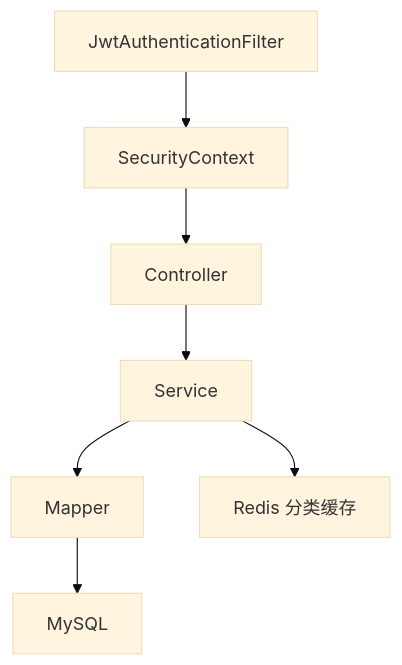
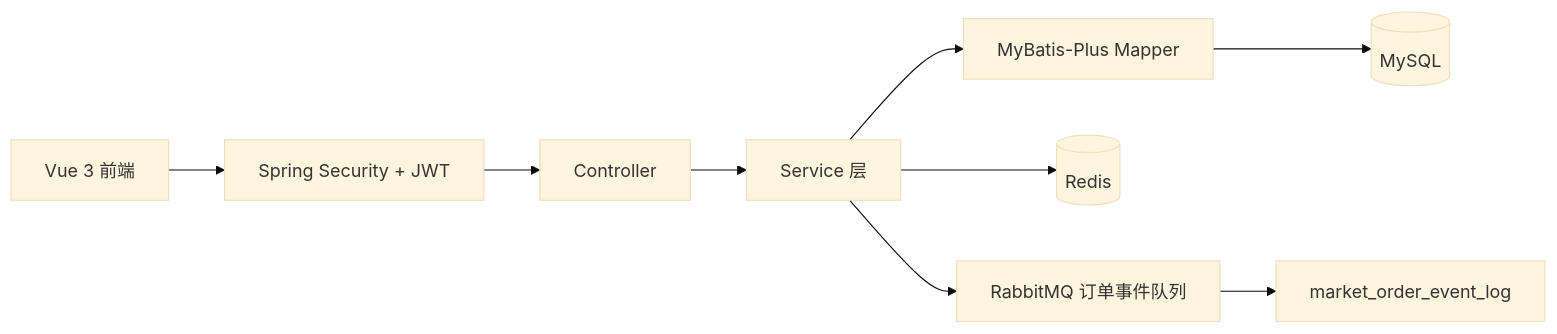
Before and after one commit to SodaWWater/campus-market: the first of 2 diagrams in README.md, drawn with Mermaid (base theme). The commit also changed other lines of this file and 57 other files, not shown here.

````diff
--- a/README.md
+++ b/README.md
@@ -33,9 +26,11 @@
 ```mermaid
-flowchart TD
-    A["Controller"] --> B["Service"]
-    B --> C["Mapper"]
-    C --> D["MySQL"]
-    B --> E["Redis 分类缓存"]
-    F["JwtAuthenticationFilter"] --> G["SecurityContext"]
-    G --> A
+flowchart LR
+  Vue["Vue 3 前端"] --> Security["Spring Security + JWT"]
+  Security --> Controller["Controller"]
+  Controller --> Service["Service 层"]
+  Service --> Mapper["MyBatis-Plus Mapper"]
+  Mapper --> MySQL[(MySQL)]
+  Service --> Redis[(Redis)]
+  Service --> MQ["RabbitMQ 订单事件队列"]
+  MQ --> Log["market_order_event_log"]
 ```
````
